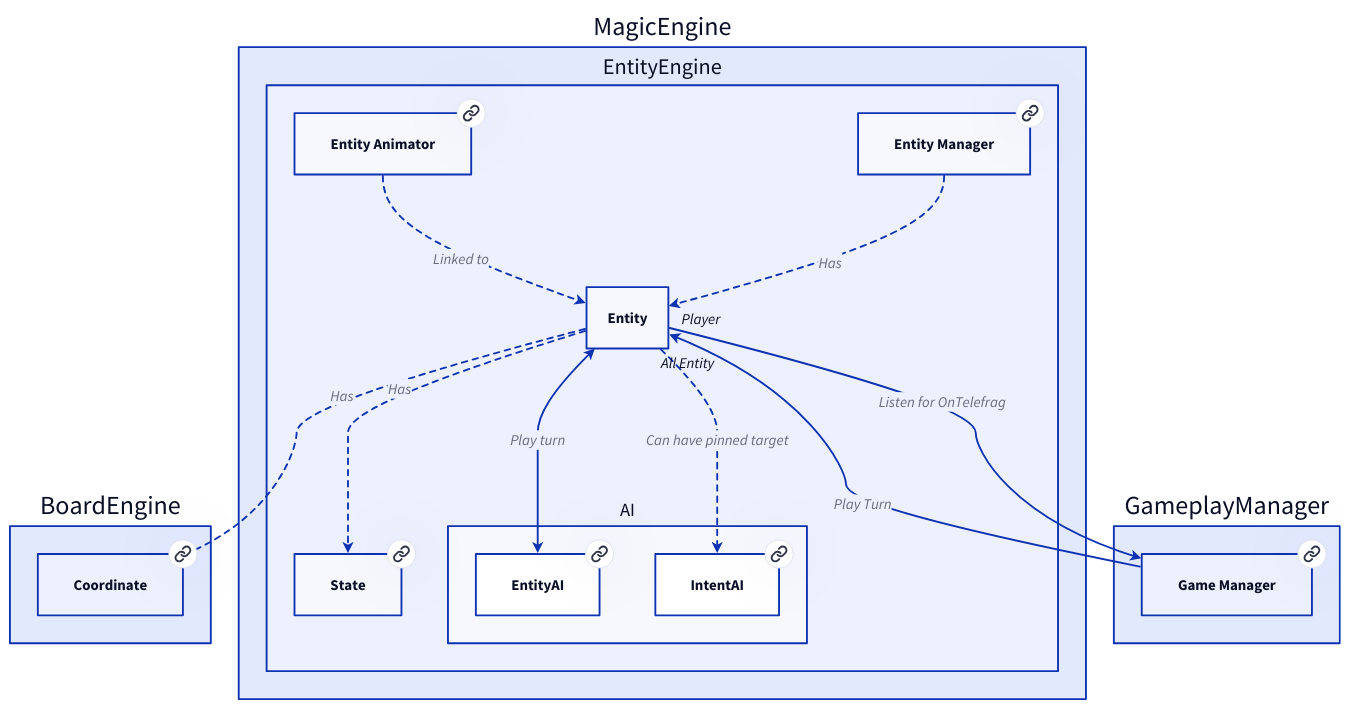
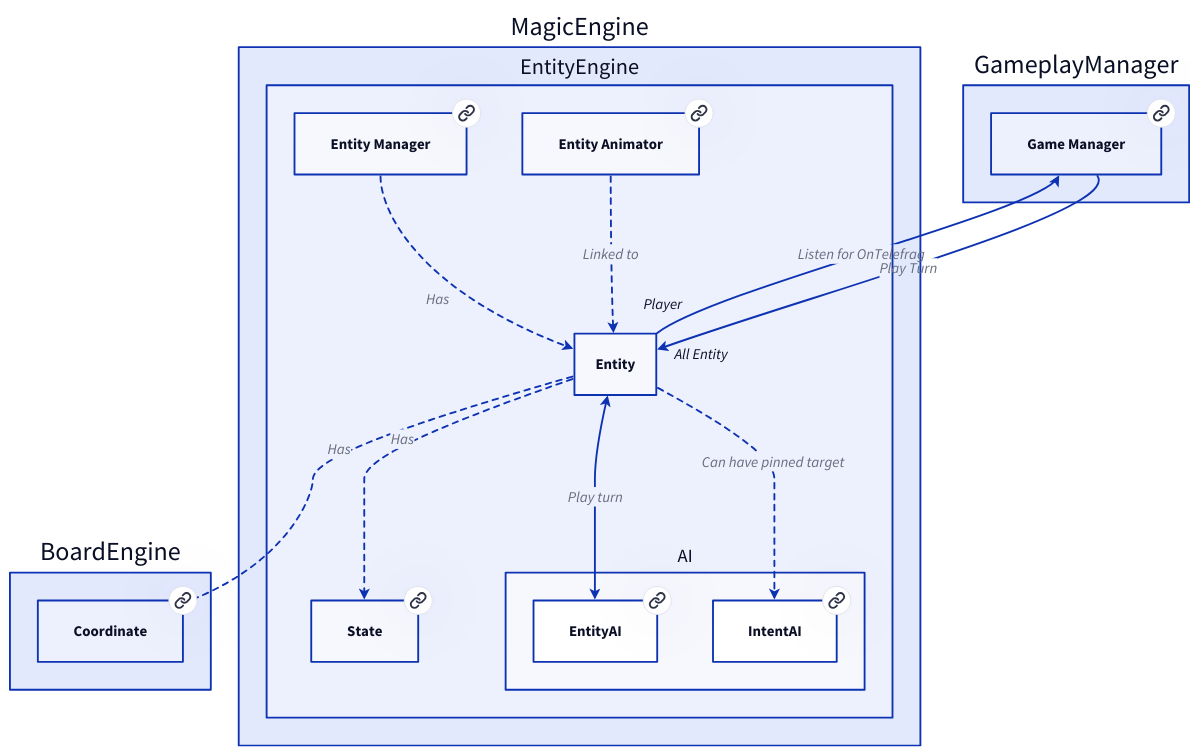
Before and after one commit to Portevent/Brume-Documentation: the diagram in doc/MagicEngine/EntityEngine/Entity.md, drawn with D2. The commit also changed other lines of this file and 79 other files, not shown here.

````diff
--- a/doc/MagicEngine/EntityEngine/Entity.md
+++ b/doc/MagicEngine/EntityEngine/Entity.md
@@ -21,69 +21,69 @@
 ```d2
 # Nodes :
+GameplayManager: {
+    GameManager: Game Manager {
+       link: GameManager
+    }
+}
 BoardEngine: {
     Coordinate: Coordinate {
        link: Coordinate
     }
 }
 MagicEngine: {
     EntityEngine: {
+        AI: {
+            IntentAI: IntentAI {
+               link: IntentAI
+            }
+            EntityAI: EntityAI {
+               link: EntityAI
+            }
+        }
         EntityManager: Entity Manager {
            link: EntityManager
         }
         EntityAnimator: Entity Animator {
            link: EntityAnimator
         }
         State: State {
            link: State
         }
-        AI: {
-            EntityAI: EntityAI {
-               link: EntityAI
-            }
-            IntentAI: IntentAI {
-               link: IntentAI
-            }
-        }
-    }
-}
-GameplayManager: {
-    GameManager: Game Manager {
-       link: GameManager
     }
 }
 
 # Links :
-MagicEngine.EntityEngine.EntityManager -> MagicEngine.EntityEngine.Entity: Has {style.stroke-dash: 3
+MagicEngine.EntityEngine.Entity -> GameplayManager.GameManager: Listen for OnTelefrag {
+source-arrowhead: Player{}
+target-arrowhead: {shape: arrow}
+}
+GameplayManager.GameManager -> MagicEngine.EntityEngine.Entity: Play Turn {
+source-arrowhead: {}
+target-arrowhead: All Entity{shape: arrow}
+}
+MagicEngine.EntityEngine.Entity -> MagicEngine.EntityEngine.AI.IntentAI: Can have pinned target {style.stroke-dash: 3
 source-arrowhead: {}
 target-arrowhead: {shape: arrow}
 }
-MagicEngine.EntityEngine.EntityAnimator -> MagicEngine.EntityEngine.Entity: Linked to {style.stroke-dash: 3
-source-arrowhead: {}
-target-arrowhead: {shape: arrow}
-}
-MagicEngine.EntityEngine.Entity -> MagicEngine.EntityEngine.AI.IntentAI: Can have pinned target {style.stroke-dash: 3
+MagicEngine.EntityEngine.EntityManager -> MagicEngine.EntityEngine.Entity: Has {style.stroke-dash: 3
 source-arrowhead: {}
 target-arrowhead: {shape: arrow}
 }
 MagicEngine.EntityEngine.Entity <-> MagicEngine.EntityEngine.AI.EntityAI: Play turn {
 source-arrowhead: {shape: arrow}
 target-arrowhead: {shape: arrow}
 }
 MagicEngine.EntityEngine.Entity -> MagicEngine.EntityEngine.State: Has {style.stroke-dash: 3
 source-arrowhead: {}
 target-arrowhead: {shape: arrow}
 }
 MagicEngine.EntityEngine.Entity -> BoardEngine.Coordinate: Has {style.stroke-dash: 3
 source-arrowhead: {}
 target-arrowhead: {shape: arrow}
 }
-MagicEngine.EntityEngine.Entity -> GameplayManager.GameManager: Listen for OnTelefrag {
-source-arrowhead: Player{}
+MagicEngine.EntityEngine.EntityAnimator -> MagicEngine.EntityEngine.Entity: Linked to {style.stroke-dash: 3
+source-arrowhead: {}
 target-arrowhead: {shape: arrow}
-}
-GameplayManager.GameManager -> MagicEngine.EntityEngine.Entity: Play Turn {
-source-arrowhead: {}
-target-arrowhead: All Entity{shape: arrow}
 }
 
 ```
````
